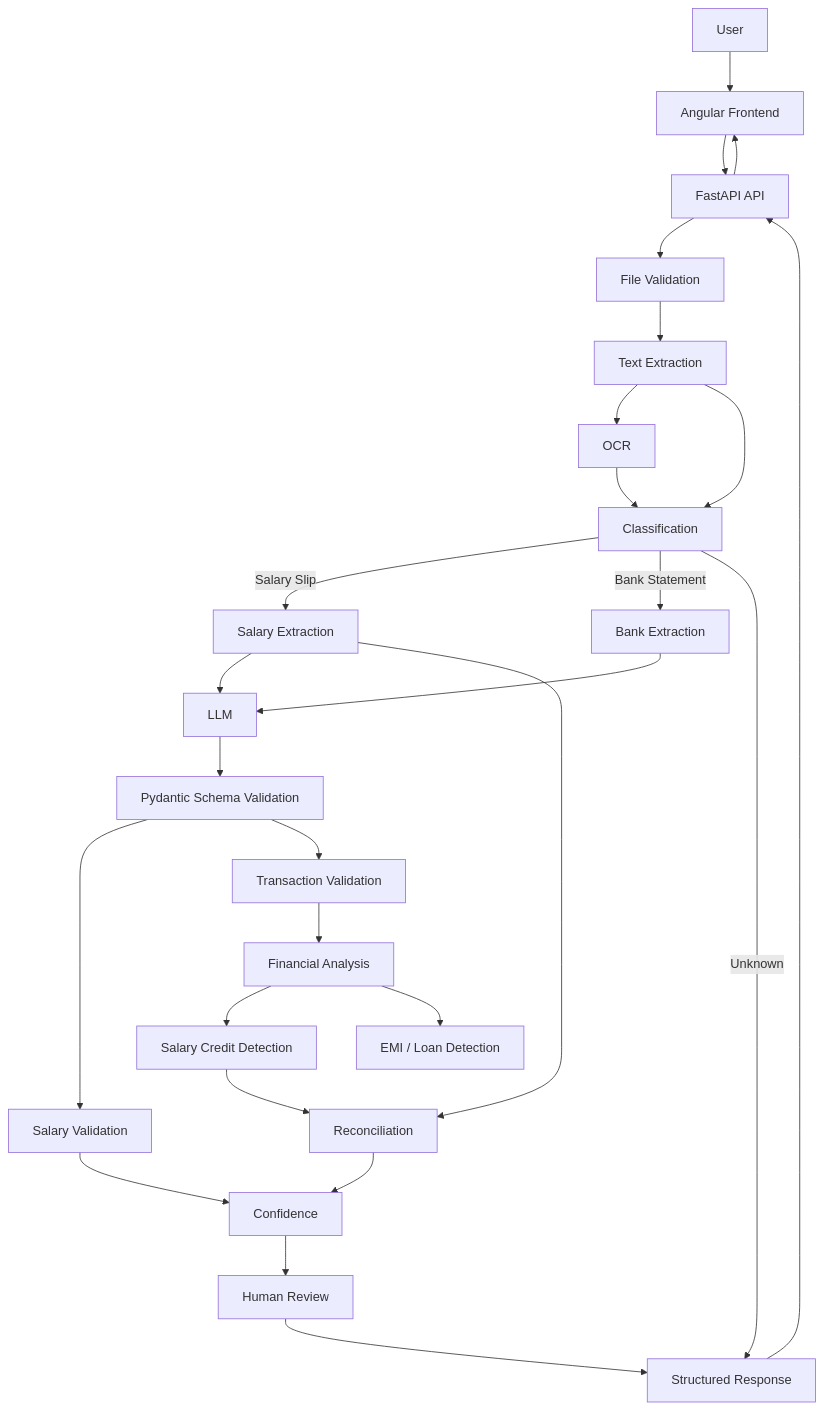
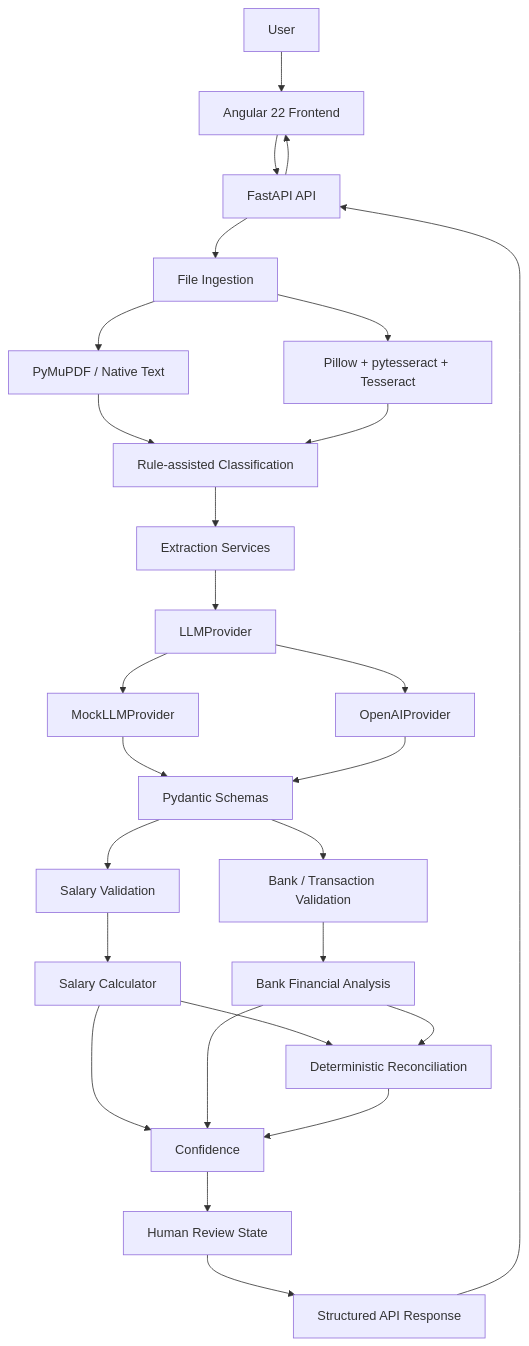
Before and after one commit to SAHILDAS/financial-document-analyzer: the eighth of 8 diagrams in ARCHITECTURE.md, drawn with Mermaid. The commit also changed other lines of this file and 5 other files, not shown here.

````diff
--- a/ARCHITECTURE.md
+++ b/ARCHITECTURE.md
@@ -2349,82 +2941,69 @@
 ```mermaid
 flowchart TB
-
     USER[User]
 
-    UI[Angular Frontend]
+    UI[Angular 22 Frontend]
 
     API[FastAPI API]
 
-    FILE[File Validation]
+    ING[File Ingestion]
+    PDF[PyMuPDF / Native Text]
+    OCR[Pillow + pytesseract + Tesseract]
+    CLS[Rule-assisted Classification]
 
-    TEXT[Text Extraction]
+    EXT[Extraction Services]
+    LLM[LLMProvider]
+    MOCK[MockLLMProvider]
+    OPENAI[OpenAIProvider]
 
-    OCR[OCR]
+    SCHEMA[Pydantic Schemas]
 
-    CLASS[Classification]
-
-    SAL_EXT[Salary Extraction]
-
-    BANK_EXT[Bank Extraction]
-
-    SCHEMA[Pydantic Schema Validation]
-
-    SAL_VAL[Salary Validation]
-
-    TX_VAL[Transaction Validation]
-
-    ANALYSIS[Financial Analysis]
-
-    SALARY_DETECT[Salary Credit Detection]
-
-    EMI[EMI / Loan Detection]
-
-    REC[Reconciliation]
-
+    SALVAL[Salary Validation]
+    SALCALC[Salary Calculator]
     CONF[Confidence]
 
-    REVIEW[Human Review]
+    BANKVAL[Bank / Transaction Validation]
+    BANKANA[Bank Financial Analysis]
 
-    RESPONSE[Structured Response]
+    RECON[Deterministic Reconciliation]
 
-    LLM[LLM]
+    RESPONSE[Structured API Response]
+    REVIEW[Human Review State]
 
     USER --> UI
     UI --> API
 
-    API --> FILE
-    FILE --> TEXT
-    TEXT --> OCR
+    API --> ING
+    ING --> PDF
+    ING --> OCR
 
-    TEXT --> CLASS
-    OCR --> CLASS
+    PDF --> CLS
+    OCR --> CLS
 
-    CLASS -->|Salary Slip| SAL_EXT
-    CLASS -->|Bank Statement| BANK_EXT
-    CLASS -->|Unknown| RESPONSE
+    CLS --> EXT
 
-    SAL_EXT --> LLM
-    BANK_EXT --> LLM
+    EXT --> LLM
+    LLM --> MOCK
+    LLM --> OPENAI
 
-    LLM --> SCHEMA
+    MOCK --> SCHEMA
+    OPENAI --> SCHEMA
 
-    SCHEMA --> SAL_VAL
-    SCHEMA --> TX_VAL
+    SCHEMA --> SALVAL
+    SALVAL --> SALCALC
+    SALCALC --> CONF
 
-    SAL_VAL --> CONF
-    TX_VAL --> ANALYSIS
+    SCHEMA --> BANKVAL
+    BANKVAL --> BANKANA
+    BANKANA --> CONF
 
-    ANALYSIS --> SALARY_DETECT
-    ANALYSIS --> EMI
+    SALCALC --> RECON
+    BANKANA --> RECON
 
-    SAL_EXT --> REC
-    SALARY_DETECT --> REC
-
-    REC --> CONF
-
+    RECON --> CONF
     CONF --> REVIEW
     REVIEW --> RESPONSE
 
     RESPONSE --> API
     API --> UI
 ```
````
